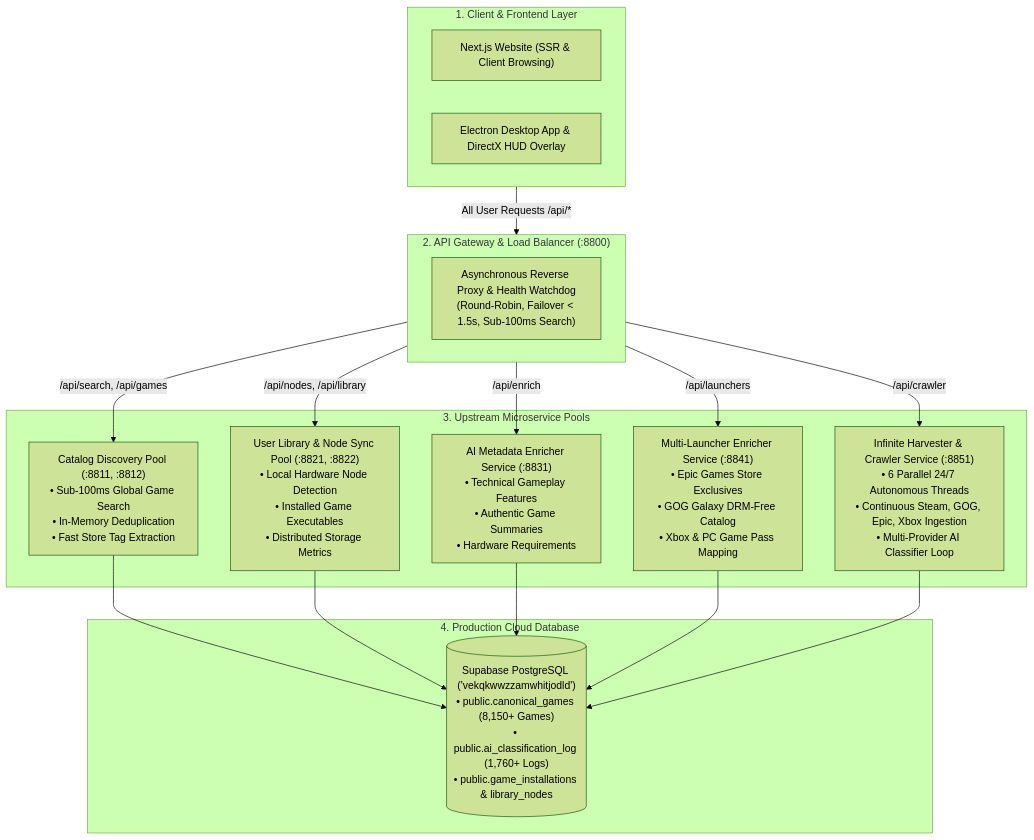
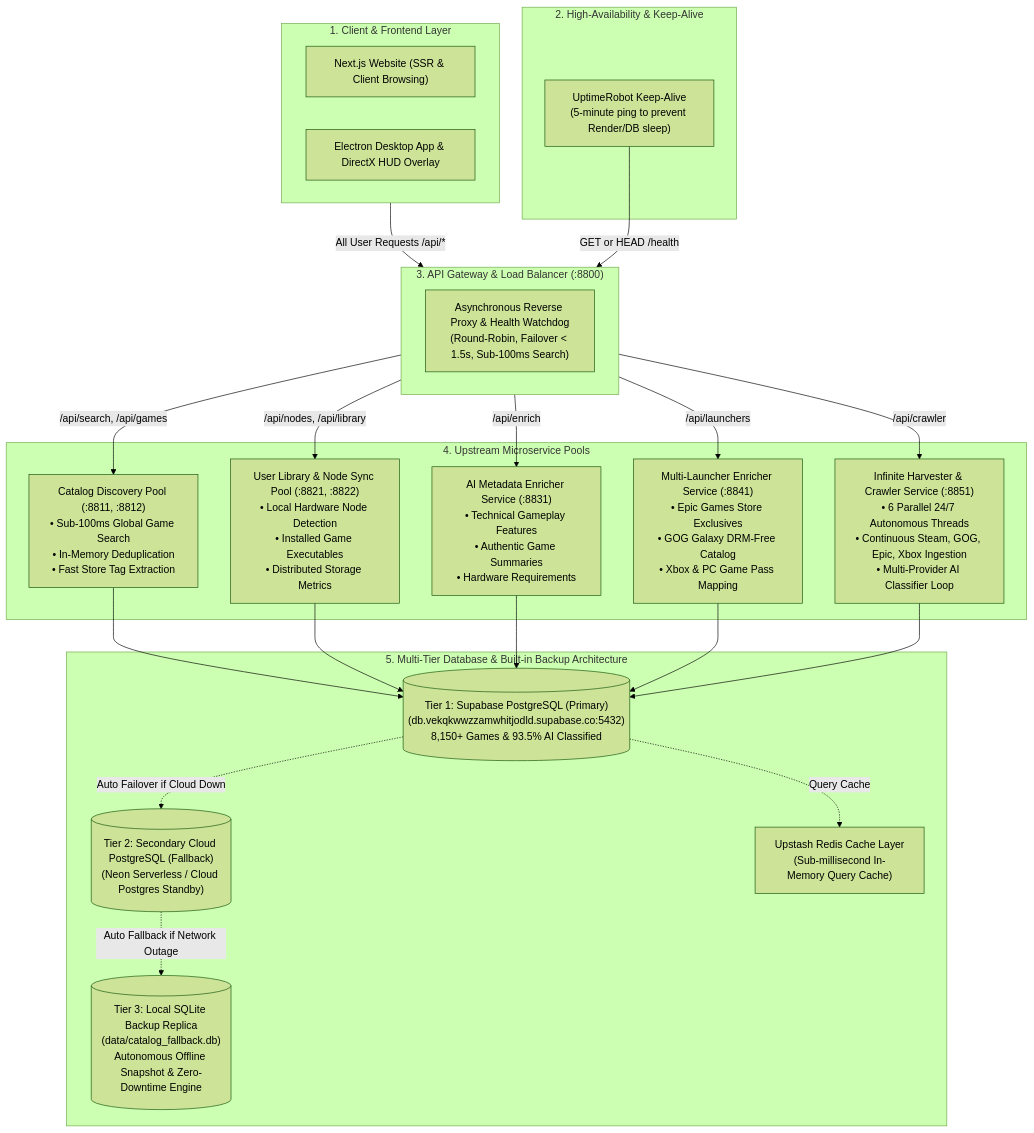
One commit to arnab825/Mission-Control changed the diagram in Gaming/docs/ARCHITECTURE_AND_FIXES.md. Above: the diagram before and after it, drawn with Mermaid (forest theme). The commit also changed other lines of this file and 1 other file, not shown here.

Commit message:
docs: document the mission control distributed architecture, microservice pool structure, and system-wide resiliency upgrades

````diff
--- a/Gaming/docs/ARCHITECTURE_AND_FIXES.md
+++ b/Gaming/docs/ARCHITECTURE_AND_FIXES.md
@@ -9,32 +9,43 @@
 ```mermaid
 flowchart TD
     subgraph ClientLayer [" 1. Client & Frontend Layer"]
         W[" Next.js Website (SSR & Client Browsing)"]
         D[" Electron Desktop App & DirectX HUD Overlay"]
     end
 
-    subgraph GatewayLayer [" 2. API Gateway & Load Balancer (:8800)"]
+    subgraph MonitoringLayer [" 2. High-Availability & Keep-Alive"]
+        UR[" UptimeRobot Keep-Alive\n(5-minute ping to prevent Render/DB sleep)"]
+    end
+
+    subgraph GatewayLayer [" 3. API Gateway & Load Balancer (:8800)"]
         LB["Asynchronous Reverse Proxy & Health Watchdog\n(Round-Robin, Failover < 1.5s, Sub-100ms Search)"]
     end
 
-    subgraph ServicePools [" 3. Upstream Microservice Pools"]
+    subgraph ServicePools [" 4. Upstream Microservice Pools"]
         P1[" Catalog Discovery Pool (:8811, :8812)\n• Sub-100ms Global Game Search\n• In-Memory Deduplication\n• Fast Store Tag Extraction"]
         P2[" User Library & Node Sync Pool (:8821, :8822)\n• Local Hardware Node Detection\n• Installed Game Executables\n• Distributed Storage Metrics"]
         P3[" AI Metadata Enricher Service (:8831)\n• Technical Gameplay Features\n• Authentic Game Summaries\n• Hardware Requirements"]
         P4[" Multi-Launcher Enricher Service (:8841)\n• Epic Games Store Exclusives\n• GOG Galaxy DRM-Free Catalog\n• Xbox & PC Game Pass Mapping"]
         P5[" Infinite Harvester & Crawler Service (:8851)\n• 6 Parallel 24/7 Autonomous Threads\n• Continuous Steam, GOG, Epic, Xbox Ingestion\n• Multi-Provider AI Classifier Loop"]
     end
 
-    subgraph DataLayer [" 4. Production Cloud Database"]
-        DB[(" Supabase PostgreSQL ('vekqkwwzzamwhitjodld')\n• public.canonical_games (8,150+ Games)\n• public.ai_classification_log (1,760+ Logs)\n• public.game_installations & library_nodes")]
+    subgraph DatabaseTier [" 5. Multi-Tier Database & Built-in Backup Architecture"]
+        T1[(" Tier 1: Supabase PostgreSQL (Primary)\n(db.vekqkwwzzamwhitjodld.supabase.co:5432)\n8,150+ Games & 93.5% AI Classified")]
+        T2[(" Tier 2: Secondary Cloud PostgreSQL (Fallback)\n(Neon Serverless / Cloud Postgres Standby)")]
+        T3[(" Tier 3: Local SQLite Backup Replica\n(data/catalog_fallback.db)\nAutonomous Offline Snapshot & Zero-Downtime Engine")]
+        R[" Upstash Redis Cache Layer\n(Sub-millisecond In-Memory Query Cache)"]
     end
 
     ClientLayer -->|All User Requests /api/*| GatewayLayer
+    UR -->|GET or HEAD /health| GatewayLayer
     GatewayLayer -->|/api/search, /api/games| P1
     GatewayLayer -->|/api/nodes, /api/library| P2
     GatewayLayer -->|/api/enrich| P3
     GatewayLayer -->|/api/launchers| P4
     GatewayLayer -->|/api/crawler| P5
 
-    P1 & P2 & P3 & P4 & P5 --> DB
+    P1 & P2 & P3 & P4 & P5 --> T1
+    T1 -.->|Auto Failover if Cloud Down| T2
+    T2 -.->|Auto Fallback if Network Outage| T3
+    T1 -.->|Query Cache| R
 ```
````
